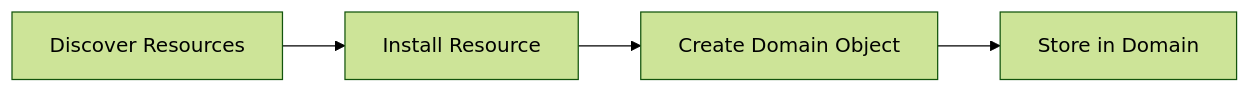
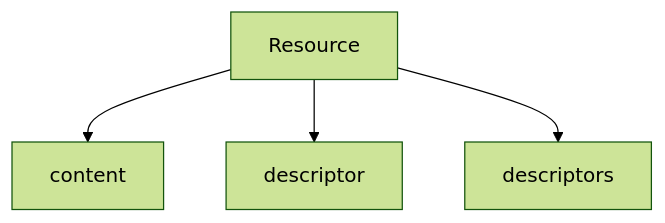
The third of 13 diagrams in docs/decisions/0002-domain-resource-model.md (kjvonly/kjvonly.bible), drawn with Mermaid (forest theme) before and after one commit. The commit also changed other lines of this file, not shown here.

````diff
--- a/docs/decisions/0002-domain-resource-model.md
+++ b/docs/decisions/0002-domain-resource-model.md
@@ -753,11 +211,9 @@
 ```mermaid
-flowchart LR
+flowchart TD
 
-    DISCOVER["Discover Resources"]
+    RESOURCE["Resource"]
 
-    DISCOVER --> INSTALL["Install Resource"]
-
-    INSTALL --> DOMAIN["Create Domain Object"]
-
-    DOMAIN --> STORE["Store in Domain"]
+    RESOURCE --> CONTENT["content"]
+    RESOURCE --> DESCRIPTOR["descriptor"]
+    RESOURCE --> DESCRIPTORS["descriptors"]
 ```
````
